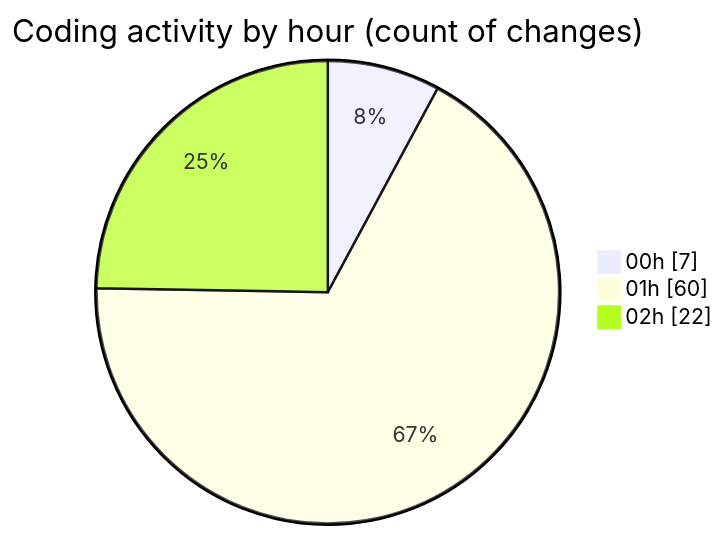
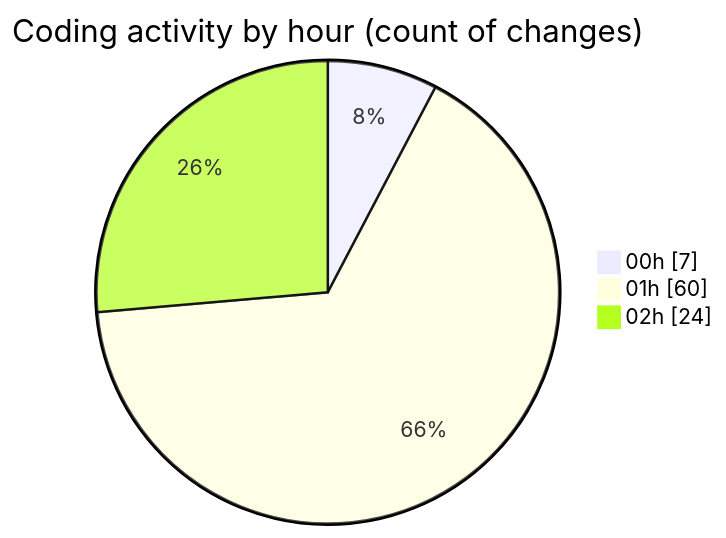
The second of 2 diagrams in 2025-10-07/eventscop-frontend-guide__workspace_/README.md (julien-gomy/code-tracking), drawn with Mermaid before and after one commit. The commit also changed other lines of this file and 1 other file, not shown here.

````diff
--- a/2025-10-07/eventscop-frontend-guide__workspace_/README.md
+++ b/2025-10-07/eventscop-frontend-guide__workspace_/README.md
@@ -77,7 +77,7 @@
 ```mermaid
 pie showData
 title Coding activity by hour (count of changes)
 "00h" : 7
 "01h" : 60
-"02h" : 22
+"02h" : 24
 ```
````
